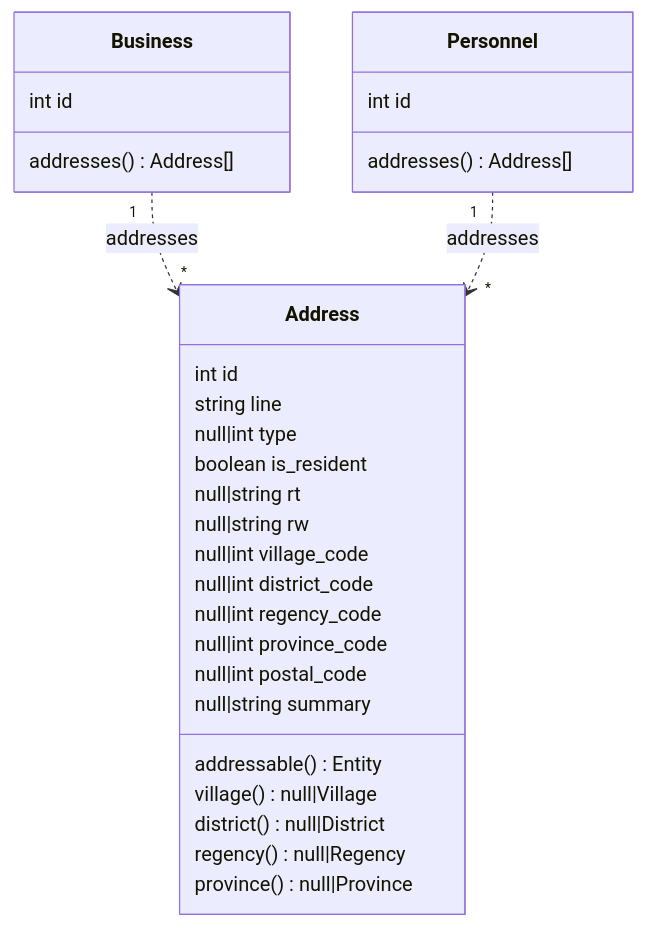
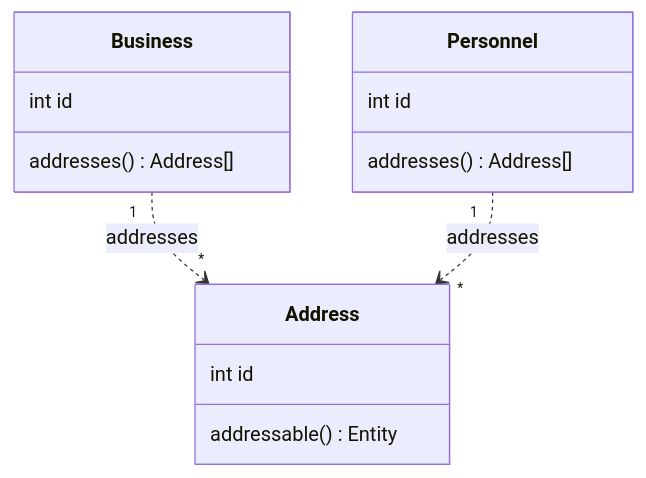
Before and after one commit to creasico/laravel-base: the sixth of 7 diagrams in database/README.md, drawn with Mermaid. The commit also changed other lines of this file and 3 other files, not shown here.

````diff
--- a/database/README.md
+++ b/database/README.md
@@ -438,33 +414,18 @@
 ```mermaid
 classDiagram
     Business "1" ..> "*" Address : addresses
     Personnel "1" ..> "*" Address : addresses
 
     class Address {
         int id
-        string line
-        null|int type
-        boolean is_resident
-        null|string rt
-        null|string rw
-        null|int village_code
-        null|int district_code
-        null|int regency_code
-        null|int province_code
-        null|int postal_code
-        null|string summary
         addressable() Entity
-        village() null|Village
-        district() null|District
-        regency() null|Regency
-        province() null|Province
     }
     class Business~Entity~ {
         int id
         addresses() Address[]
     }
     class Personnel~Entity~ {
         int id
         addresses() Address[]
     }
 ```
````
